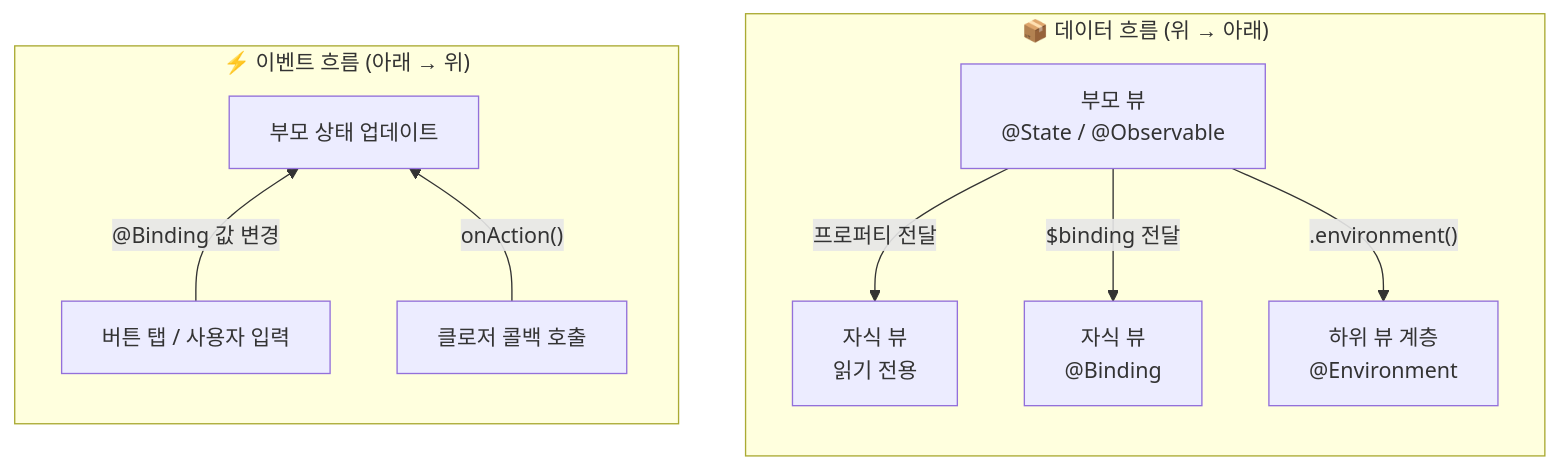
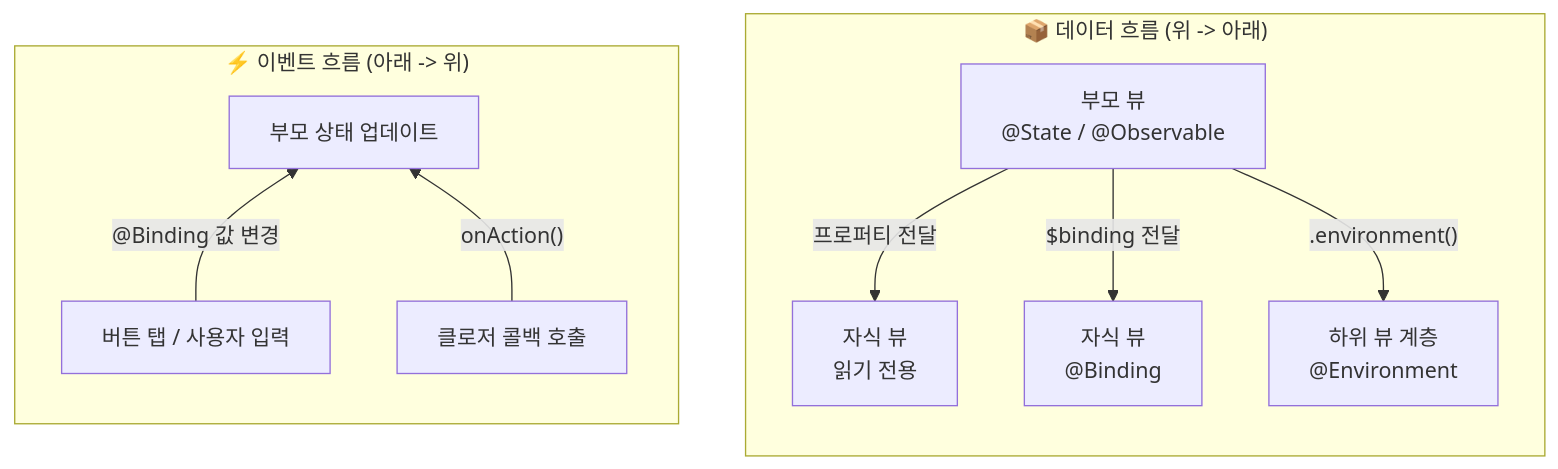
The first of 5 diagrams in 05-state-management/04-data-flow.md (jsonpassion/forge-tutorial-swift), drawn with Mermaid before and after one commit. The commit also changed other lines of this file and 69 other files, not shown here.

````diff
--- a/05-state-management/04-data-flow.md
+++ b/05-state-management/04-data-flow.md
@@ -92,14 +92,14 @@
 ```mermaid
 flowchart TD
-    subgraph 데이터흐름["📦 데이터 흐름 (위 → 아래)"]
+    subgraph 데이터흐름["📦 데이터 흐름 (위 -> 아래)"]
         direction TB
-        A["부모 뷰\n@State / @Observable"] -->|"프로퍼티 전달"| B["자식 뷰\n읽기 전용"]
-        A -->|"$binding 전달"| C["자식 뷰\n@Binding"]
-        A -->|".environment()"| D["하위 뷰 계층\n@Environment"]
+        A["부모 뷰<br/>@State / @Observable"] -->|"프로퍼티 전달"| B["자식 뷰<br/>읽기 전용"]
+        A -->|"$binding 전달"| C["자식 뷰<br/>@Binding"]
+        A -->|".environment()"| D["하위 뷰 계층<br/>@Environment"]
     end
-    subgraph 이벤트흐름["⚡ 이벤트 흐름 (아래 → 위)"]
+    subgraph 이벤트흐름["⚡ 이벤트 흐름 (아래 -> 위)"]
         direction BT
         E["버튼 탭 / 사용자 입력"] -->|"@Binding 값 변경"| F["부모 상태 업데이트"]
         G["클로저 콜백 호출"] -->|"onAction()"| F
     end
 ```
````
